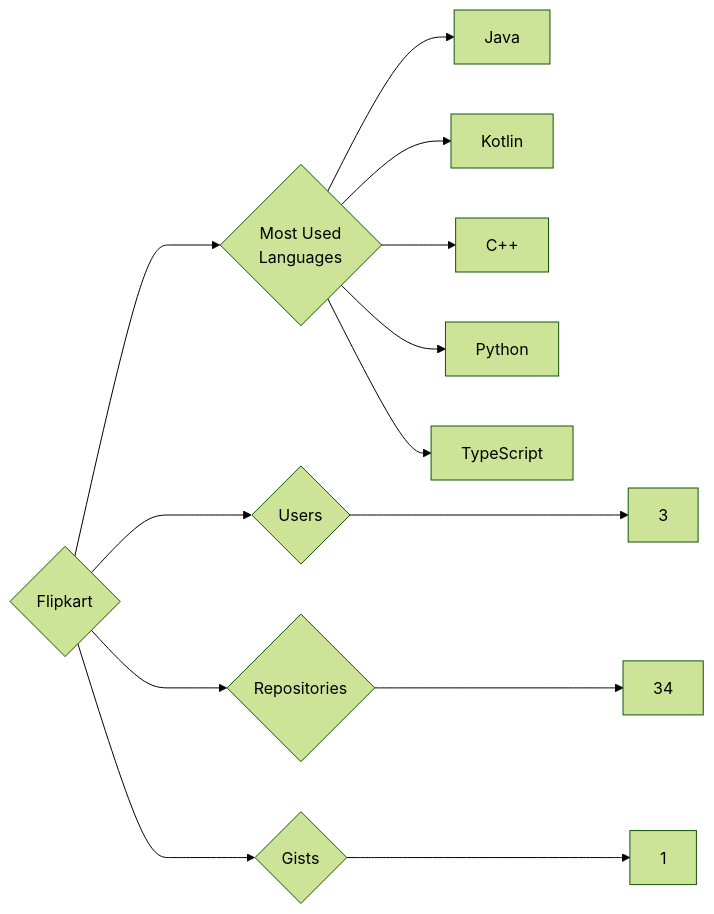
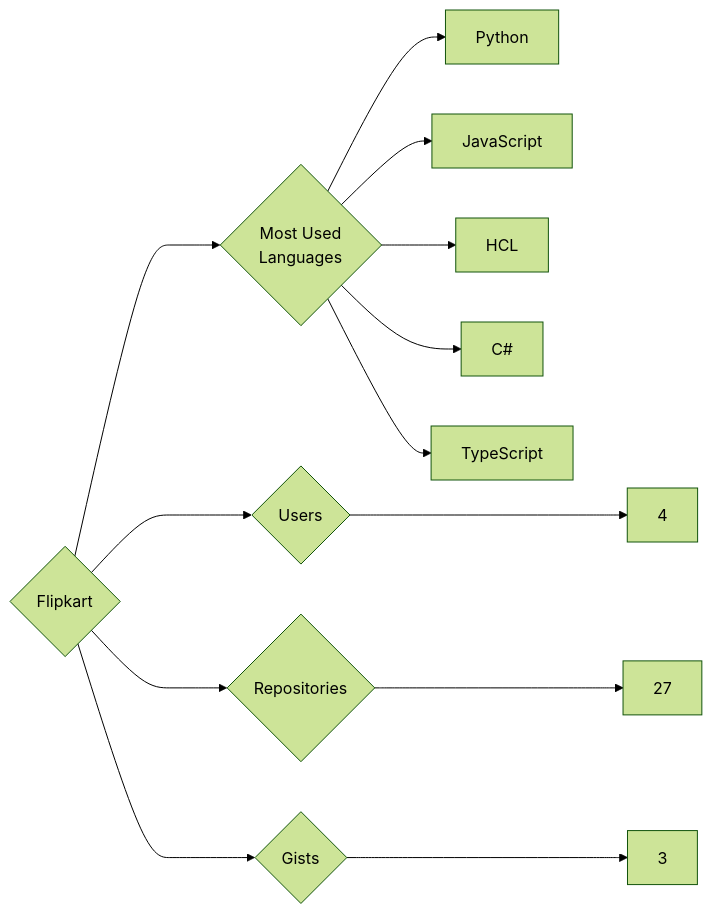
Before and after one commit to trickest/insiders: the diagram in targets/Flipkart/README.md, drawn with Mermaid (forest theme). The commit also changed 1141 other files, not shown here.

````diff
--- a/targets/Flipkart/README.md
+++ b/targets/Flipkart/README.md
@@ -3,13 +3,13 @@
 ```mermaid
 graph LR
 COMPANY_NAME{Flipkart}
-COMPANY_NAME ---> U{Users} ---> UN[3]
-COMPANY_NAME ---> R{Repositories} ---> RN[34]
-COMPANY_NAME ---> G{Gists} ---> GN[1]
+COMPANY_NAME ---> U{Users} ---> UN[4]
+COMPANY_NAME ---> R{Repositories} ---> RN[27]
+COMPANY_NAME ---> G{Gists} ---> GN[3]
 COMPANY_NAME ---> ML{Most Used<br>Languages}
-ML --> Java[Java]
-ML --> Kotlin[Kotlin]
-ML --> C++[C++]
 ML --> Python[Python]
+ML --> JavaScript[JavaScript]
+ML --> HCL[HCL]
+ML --> C#[C#]
 ML --> TypeScript[TypeScript]
 ```
````
